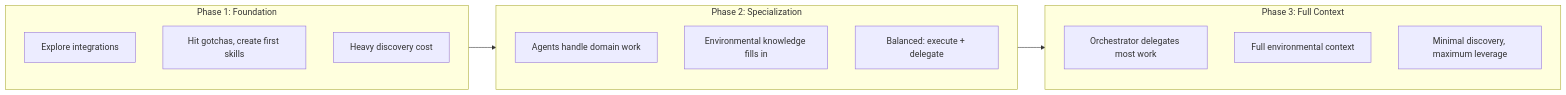
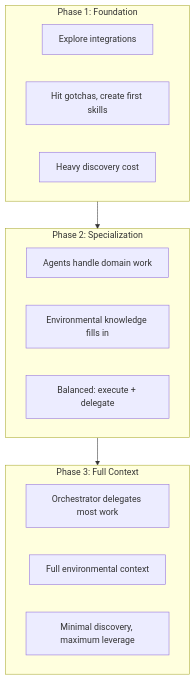
Before and after one commit to lorehq/lore-docs: the fifth of 5 diagrams in docs/how-it-works.md, drawn with Mermaid.

Commit message:
Stack phase progression diagram vertically

````diff
--- a/docs/how-it-works.md
+++ b/docs/how-it-works.md
@@ -129,25 +129,22 @@
 ```mermaid
-flowchart LR
+flowchart TB
     subgraph P1["Phase 1: Foundation"]
-        direction TB
         P1a[Explore integrations]
         P1b[Hit gotchas, create first skills]
         P1c["Heavy discovery cost"]
     end
 
     subgraph P2["Phase 2: Specialization"]
-        direction TB
         P2a[Agents handle domain work]
         P2b[Environmental knowledge fills in]
         P2c["Balanced: execute + delegate"]
     end
 
     subgraph P3["Phase 3: Full Context"]
-        direction TB
         P3a[Orchestrator delegates most work]
         P3b[Full environmental context]
         P3c["Minimal discovery, maximum leverage"]
     end
 
     P1 --> P2 --> P3
 ```
````
